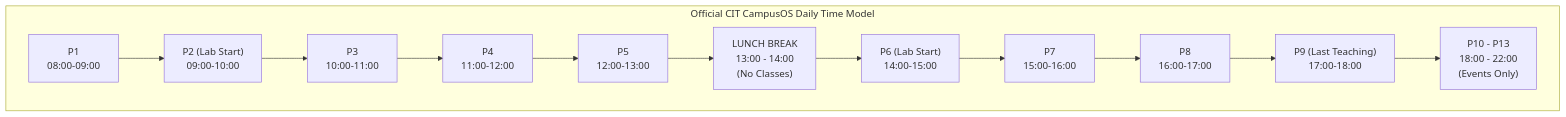
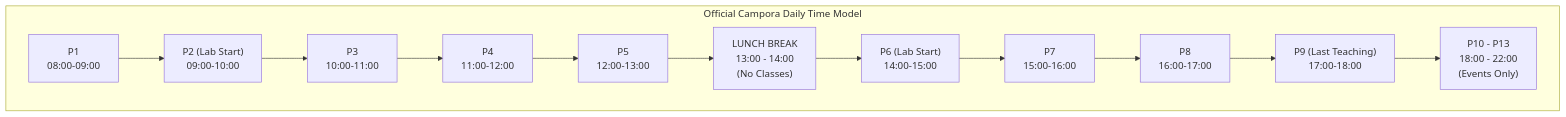
Before and after one commit to Akshat-sin-official/TZ-Meru-Byte: the first of 2 diagrams in docs/SPEC.md, drawn with Mermaid. The commit also changed other lines of this file and 26 other files, not shown here.

````diff
--- a/docs/SPEC.md
+++ b/docs/SPEC.md
@@ -38,16 +38,16 @@
 ```mermaid
 flowchart LR
-    subgraph DaySchedule["Official CIT CampusOS Daily Time Model"]
+    subgraph DaySchedule["Official Campora Daily Time Model"]
         direction LR
         P1["P1<br/>08:00-09:00"] --> P2["P2 (Lab Start)<br/>09:00-10:00"]
         P2 --> P3["P3<br/>10:00-11:00"]
         P3 --> P4["P4<br/>11:00-12:00"]
         P4 --> P5["P5<br/>12:00-13:00"]
         P5 --> LUNCH["LUNCH BREAK<br/>13:00 - 14:00<br/>(No Classes)"]
         LUNCH --> P6["P6 (Lab Start)<br/>14:00-15:00"]
         P6 --> P7["P7<br/>15:00-16:00"]
         P7 --> P8["P8<br/>16:00-17:00"]
         P8 --> P9["P9 (Last Teaching)<br/>17:00-18:00"]
         P9 --> EVENTS["P10 - P13<br/>18:00 - 22:00<br/>(Events Only)"]
     end
 ```
````
